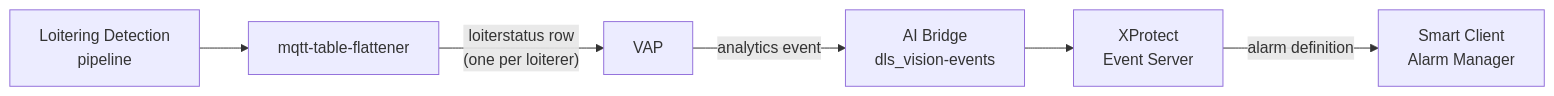
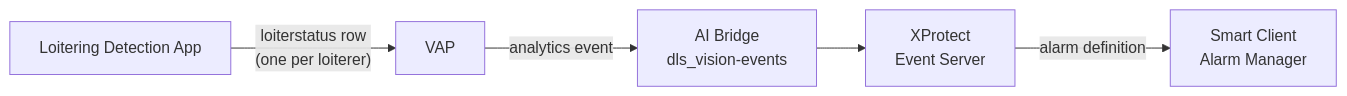
One commit to 14pankaj/metro-ai-suite changed the diagram in vms-adapter-plugin/docs/user-guide/how-to-guides/integrations/milestone/events-and-alarms.md. Above: the diagram before and after it, drawn with Mermaid. The commit also changed other lines of this file and 6 other files, not shown here.

````diff
--- a/vms-adapter-plugin/docs/user-guide/how-to-guides/integrations/milestone/events-and-alarms.md
+++ b/vms-adapter-plugin/docs/user-guide/how-to-guides/integrations/milestone/events-and-alarms.md
@@ -16,8 +16,8 @@
 ```mermaid
 flowchart LR
-  P["Loitering Detection<br/>pipeline"] --> F["mqtt-table-flattener"]
-  F -- "loiterstatus row<br/>(one per loiterer)" --> V["VAP"]
+  P["Loitering Detection App"] 
+  P -- "loiterstatus row<br/>(one per loiterer)" --> V["VAP"]
   V -- "analytics event" --> A["AI Bridge<br/>dls_vision-events"]
   A --> E["XProtect<br/>Event Server"]
   E -- "alarm definition" --> M["Smart Client<br/>Alarm Manager"]
 ```
````
